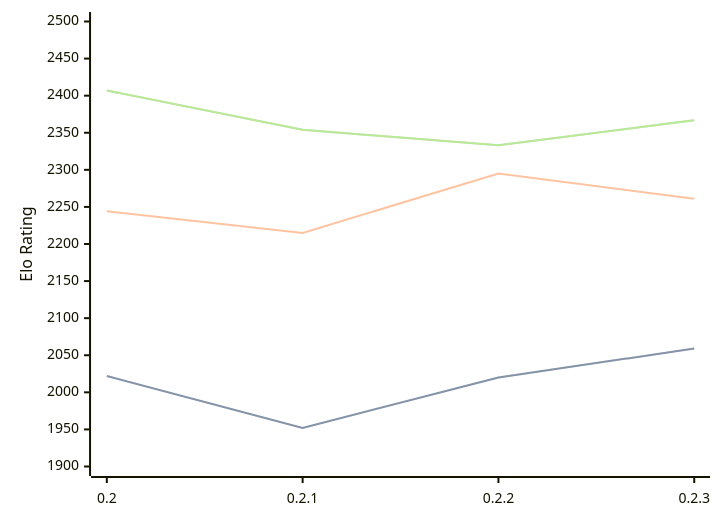
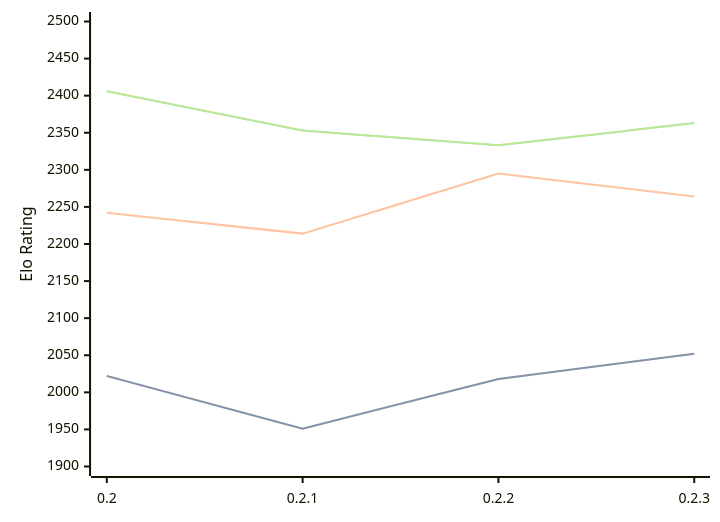
Before and after one commit to computer-chess-index/cci: the diagram in engines/Lolbot.md, drawn with Mermaid. The commit also changed other lines of this file, not shown here.

Commit message:
Update CCI Ratings (ELO VLTC) - 2026-03-30

````diff
--- a/engines/Lolbot.md
+++ b/engines/Lolbot.md
@@ -35,11 +35,11 @@
 ```mermaid
 %%{init: {"theme":"base","themeVariables":{"seriesColors:['#a3a3a3','#222221','#faa371']}}}%%
 xychart-beta
   x-axis ["0.2", "0.2.1", "0.2.2", "0.2.3"]
   y-axis "Elo Rating" 1900 --> 2500
-  line "STC (8.0+0.08s)" [2022, 1952, 2020, 2059]
-  line "STC (8.0+0.08s)" [2022, 1952, 2020, 2059]
-  line "LTC (60.0+0.60s)" [2244, 2215, 2295, 2261]
-  line "VLTC (2m24s+1.12s)" [2407, 2354, 2333, 2367]
-  line "VLTC (2m24s+1.12s)" [2407, 2354, 2333, 2367]
+  line "STC (8.0+0.08s)" [2022, 1951, 2018, 2052]
+  line "STC (8.0+0.08s)" [2022, 1951, 2018, 2052]
+  line "LTC (60.0+0.60s)" [2242, 2214, 2295, 2264]
+  line "VLTC (2m24s+1.12s)" [2406, 2353, 2333, 2363]
+  line "VLTC (2m24s+1.12s)" [2406, 2353, 2333, 2363]
 ```
````
